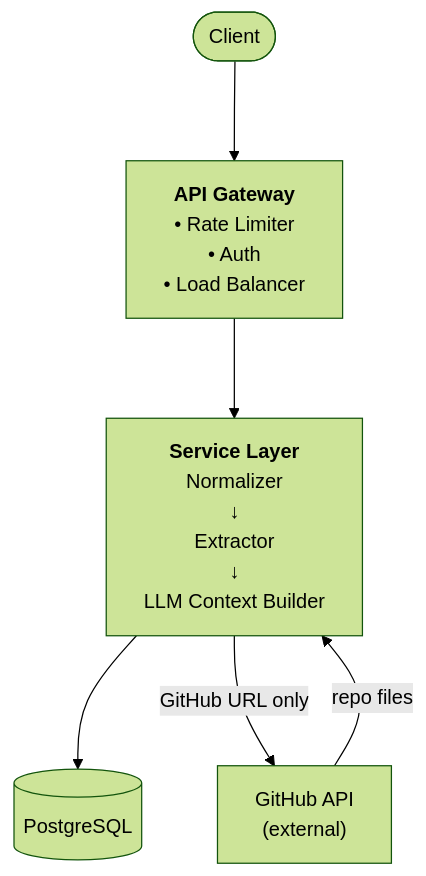
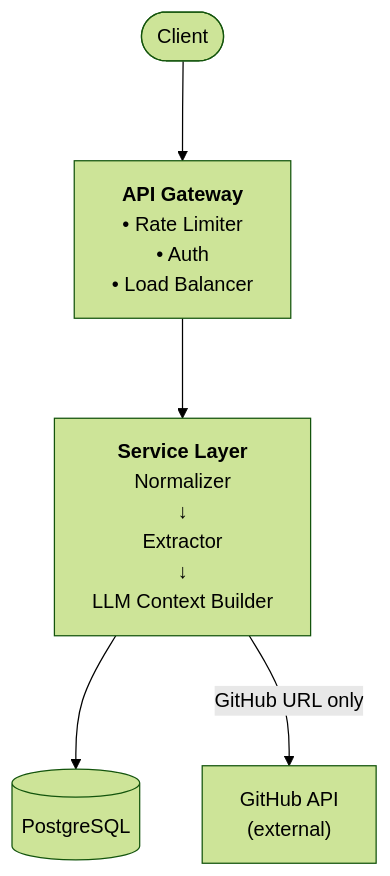
Before and after one commit to shivam-tamboli/GrillMyProject: the first of 4 diagrams in SYSTEM_DESIGN.md, drawn with Mermaid (forest theme). The commit also changed other lines of this file, not shown here.

Commit message:
fix diagram arrows — one direction flow only

````diff
--- a/SYSTEM_DESIGN.md
+++ b/SYSTEM_DESIGN.md
@@ -285,15 +285,14 @@
 ```mermaid
 %%{init: {'flowchart': {'nodeSpacing': 50, 'rankSpacing': 80}}}%%
 flowchart TD
     Client([Client])
     GW["<b>API Gateway</b><br/>• Rate Limiter<br/>• Auth<br/>• Load Balancer"]
     SVC["<b>Service Layer</b><br/>Normalizer<br/>↓<br/>Extractor<br/>↓<br/>LLM Context Builder"]
     GH["GitHub API<br/>(external)"]
     PG[(PostgreSQL)]
 
     Client --> GW
     GW --> SVC
     SVC --> PG
     SVC -->|"GitHub URL only"| GH
-    GH -->|"repo files"| SVC
 ```
````
